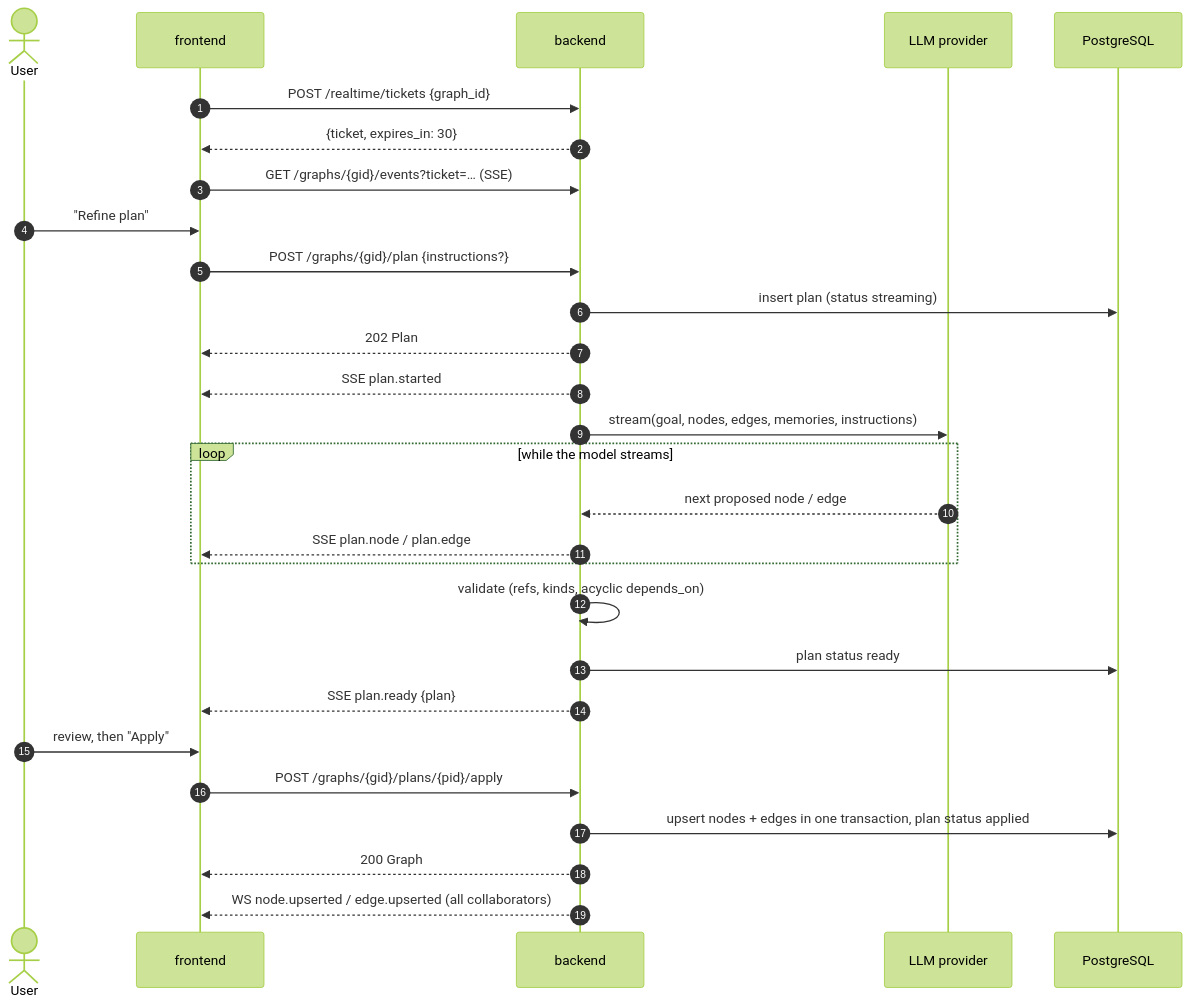
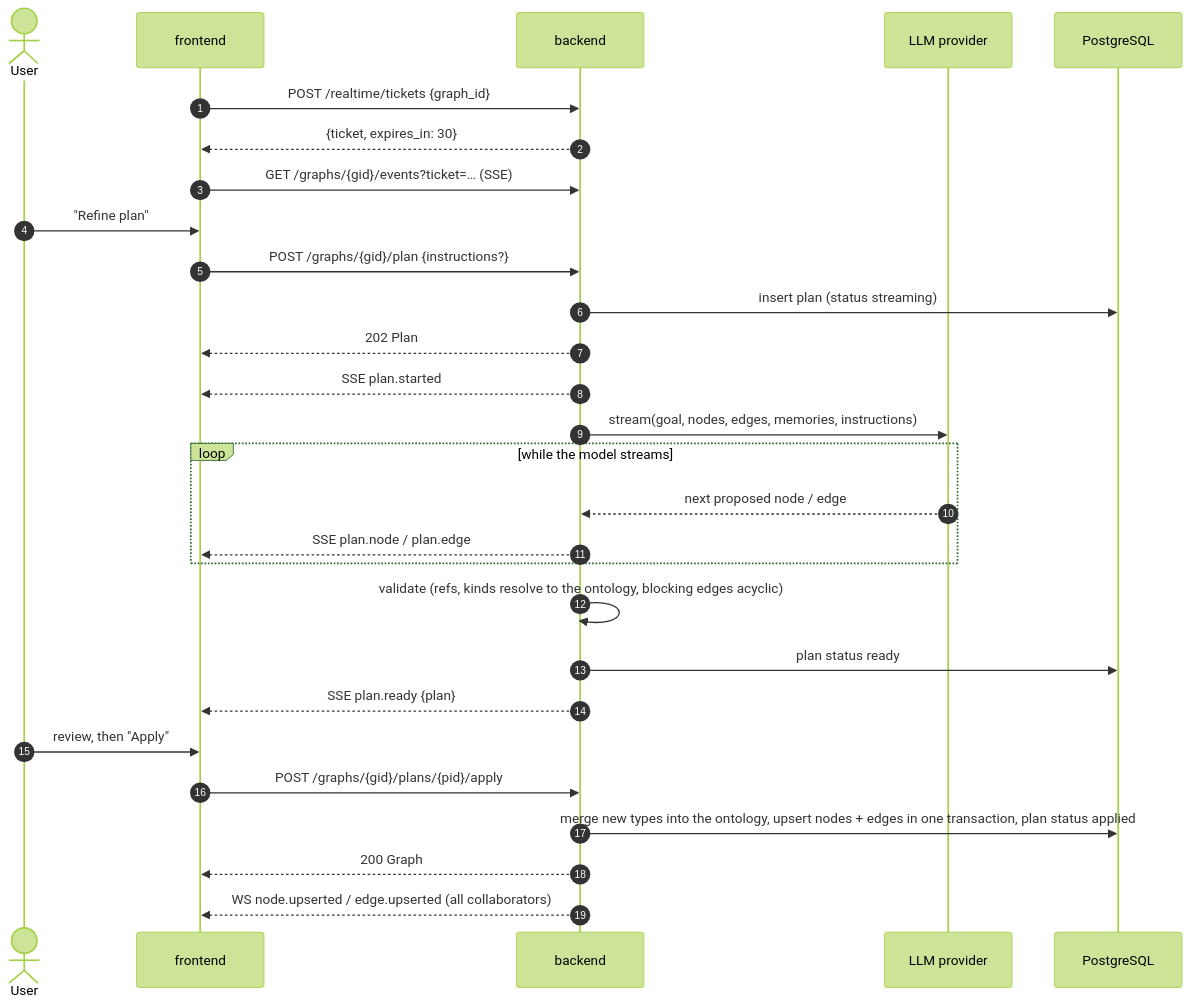
Before and after one commit to f8fvwgzc/nexc-engine: the second of 4 diagrams in docs/ARCHITECTURE.md, drawn with Mermaid (forest theme). The commit also changed other lines of this file and 118 other files, not shown here.

````diff
--- a/docs/ARCHITECTURE.md
+++ b/docs/ARCHITECTURE.md
@@ -57,31 +57,31 @@
 ```mermaid
 sequenceDiagram
     autonumber
     actor U as User
     participant F as frontend
     participant B as backend
     participant L as LLM provider
     participant DB as PostgreSQL
 
     F->>B: POST /realtime/tickets {graph_id}
     B-->>F: {ticket, expires_in: 30}
     F->>B: GET /graphs/{gid}/events?ticket=… (SSE)
     U->>F: "Refine plan"
     F->>B: POST /graphs/{gid}/plan {instructions?}
     B->>DB: insert plan (status streaming)
     B-->>F: 202 Plan
     B-->>F: SSE plan.started
     B->>L: stream(goal, nodes, edges, memories, instructions)
     loop while the model streams
         L-->>B: next proposed node / edge
         B-->>F: SSE plan.node / plan.edge
     end
-    B->>B: validate (refs, kinds, acyclic depends_on)
+    B->>B: validate (refs, kinds resolve to the ontology, blocking edges acyclic)
     B->>DB: plan status ready
     B-->>F: SSE plan.ready {plan}
     U->>F: review, then "Apply"
     F->>B: POST /graphs/{gid}/plans/{pid}/apply
-    B->>DB: upsert nodes + edges in one transaction, plan status applied
+    B->>DB: merge new types into the ontology, upsert nodes + edges in one transaction, plan status applied
     B-->>F: 200 Graph
     B-->>F: WS node.upserted / edge.upserted (all collaborators)
 ```
````
